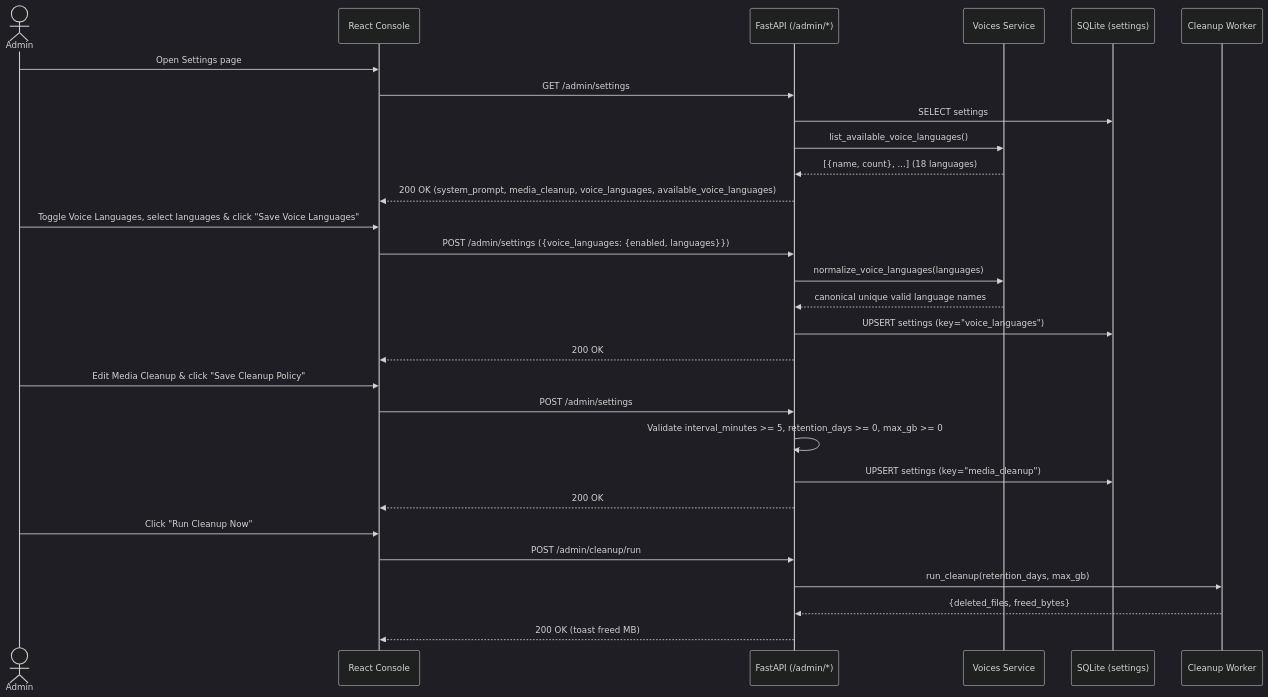
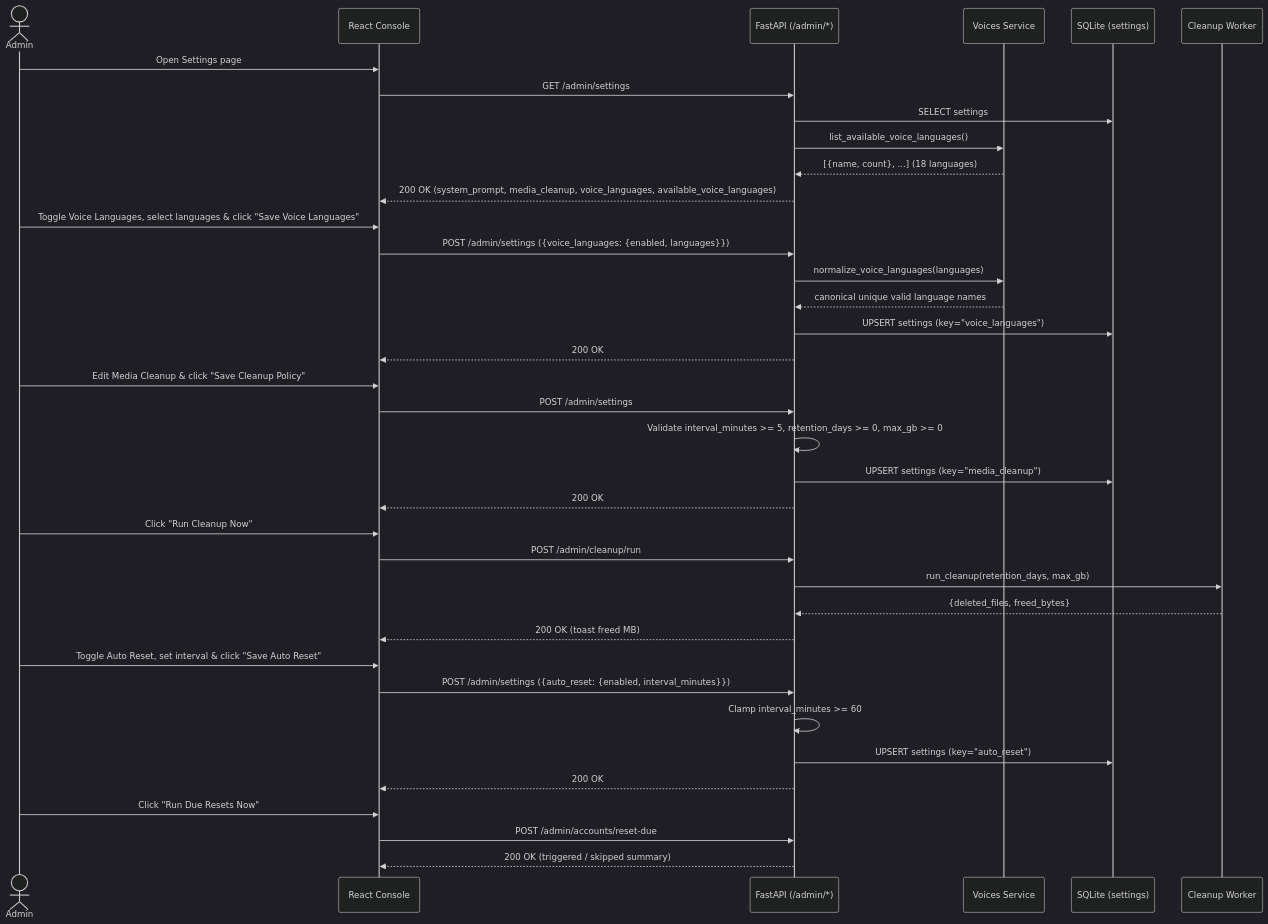
The diagram in docs/03_features/04_settings_and_cleanup/logic.md (nguyenduclong-ict/muse2api), drawn with Mermaid (dark theme) before and after one commit. The commit also changed other lines of this file and 90 other files, not shown here.

````diff
--- a/docs/03_features/04_settings_and_cleanup/logic.md
+++ b/docs/03_features/04_settings_and_cleanup/logic.md
@@ -5,35 +5,45 @@
 ```mermaid
 sequenceDiagram
     actor Admin
     participant UI as React Console
     participant API as FastAPI (/admin/*)
     participant Voices as Voices Service
     participant DB as SQLite (settings)
     participant Cleaner as Cleanup Worker
 
     Admin->>UI: Open Settings page
     UI->>API: GET /admin/settings
     API->>DB: SELECT settings
     API->>Voices: list_available_voice_languages()
     Voices-->>API: [{name, count}, ...] (18 languages)
     API-->>UI: 200 OK (system_prompt, media_cleanup, voice_languages, available_voice_languages)
 
     Admin->>UI: Toggle Voice Languages, select languages & click "Save Voice Languages"
     UI->>API: POST /admin/settings ({voice_languages: {enabled, languages}})
     API->>Voices: normalize_voice_languages(languages)
     Voices-->>API: canonical unique valid language names
     API->>DB: UPSERT settings (key="voice_languages")
     API-->>UI: 200 OK
 
     Admin->>UI: Edit Media Cleanup & click "Save Cleanup Policy"
     UI->>API: POST /admin/settings
     API->>API: Validate interval_minutes >= 5, retention_days >= 0, max_gb >= 0
     API->>DB: UPSERT settings (key="media_cleanup")
     API-->>UI: 200 OK
 
     Admin->>UI: Click "Run Cleanup Now"
     UI->>API: POST /admin/cleanup/run
     API->>Cleaner: run_cleanup(retention_days, max_gb)
     Cleaner-->>API: {deleted_files, freed_bytes}
     API-->>UI: 200 OK (toast freed MB)
+
+    Admin->>UI: Toggle Auto Reset, set interval & click "Save Auto Reset"
+    UI->>API: POST /admin/settings ({auto_reset: {enabled, interval_minutes}})
+    API->>API: Clamp interval_minutes >= 60
+    API->>DB: UPSERT settings (key="auto_reset")
+    API-->>UI: 200 OK
+
+    Admin->>UI: Click "Run Due Resets Now"
+    UI->>API: POST /admin/accounts/reset-due
+    API-->>UI: 200 OK (triggered / skipped summary)
 ```
````
